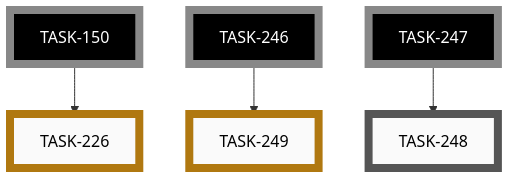
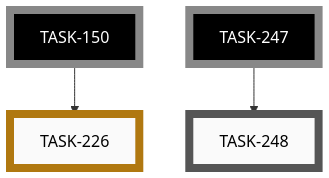
Before and after one commit to tgd1975/AwesomeGuitarPedal: the second of 13 diagrams in docs/developers/tasks/EPICS.md, drawn with Mermaid. The commit also changed other lines of this file and 438 other files, not shown here.

````diff
--- a/docs/developers/tasks/EPICS.md
+++ b/docs/developers/tasks/EPICS.md
@@ -53,23 +65,19 @@
 ```mermaid
 graph TD
     TASK_248["TASK-248"]:::open
     TASK_226["TASK-226"]:::paused
-    TASK_249["TASK-249"]:::paused
     TASK_150["TASK-150"]:::openExt
-    TASK_246["TASK-246"]:::openExt
     TASK_247["TASK-247"]:::openExt
     TASK_247 --> TASK_248
     TASK_150 --> TASK_226
-    TASK_246 --> TASK_249
     click TASK_248 "open/task-248-ble-pairing-test-windows-fallback.md"
     click TASK_226 "open/task-226-feature-test-cli-scan-two-pedals.md"
-    click TASK_249 "open/task-249-nrf52840-pairing-pin-unwired.md"
     classDef open    fill:#FAFAFA,stroke:#555,stroke-width:8px,color:#000
     classDef active  fill:#FAFAFA,stroke:#1A6FA8,stroke-width:8px,color:#000
     classDef closed  fill:#FAFAFA,stroke:#3F8B53,stroke-width:8px,color:#000
     classDef paused  fill:#FAFAFA,stroke:#B07810,stroke-width:8px,color:#000
     classDef openExt    fill:#000,stroke:#888,stroke-width:8px,color:#FFF
     classDef activeExt  fill:#000,stroke:#3FA9F5,stroke-width:8px,color:#FFF
     classDef closedExt  fill:#000,stroke:#7CC68A,stroke-width:8px,color:#FFF
     classDef pausedExt  fill:#000,stroke:#F0B030,stroke-width:8px,color:#FFF
 ```
````
